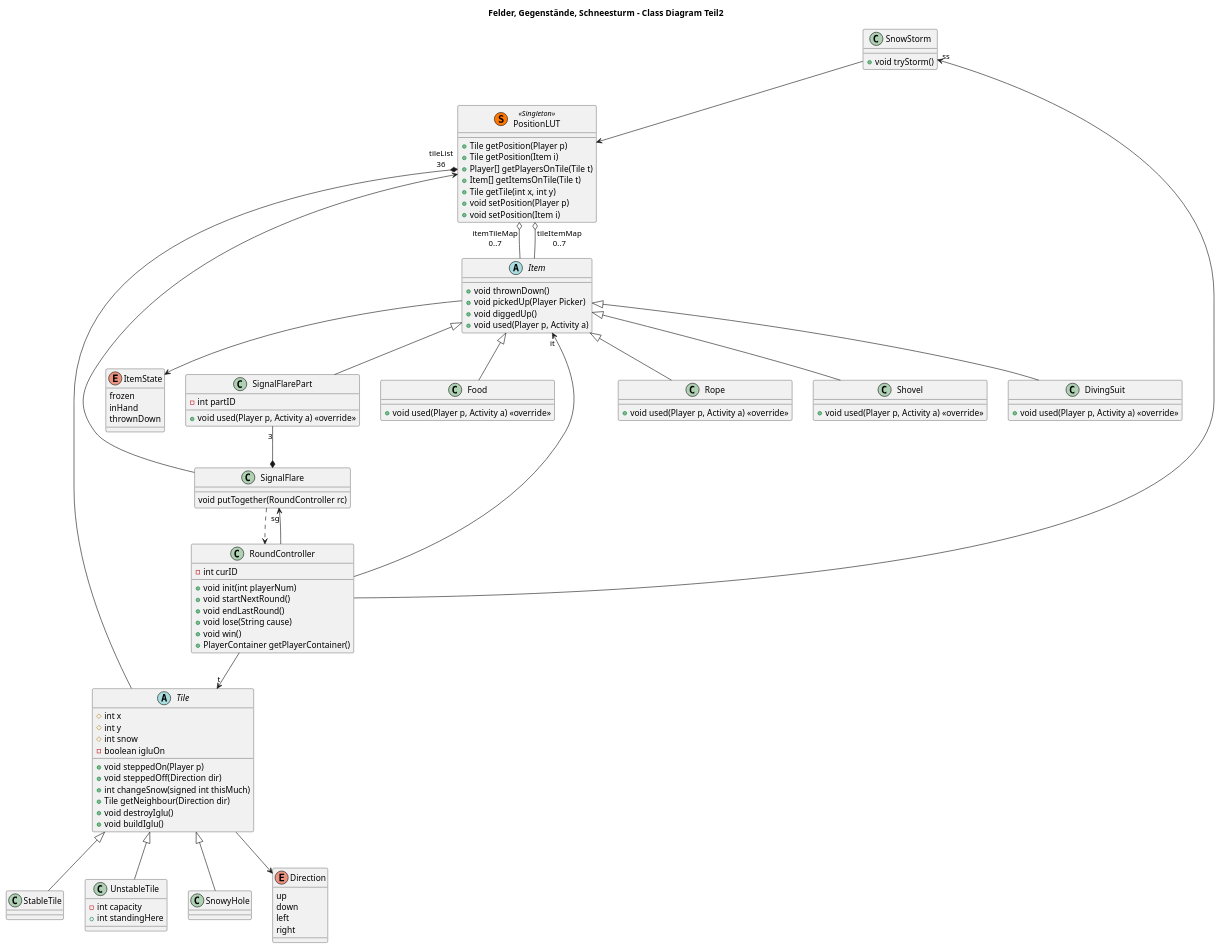
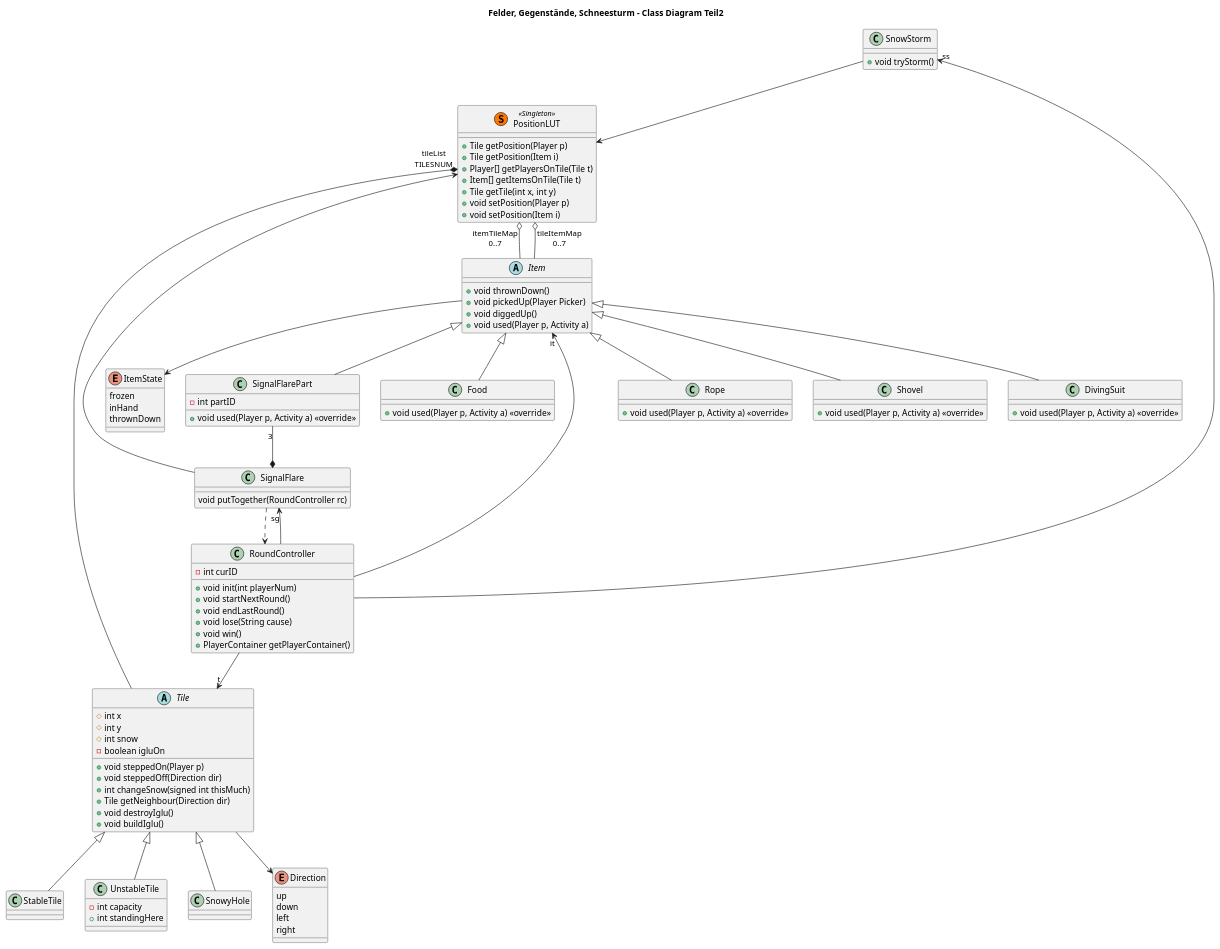
One commit to AdamZsofi/deutsch-overflow changed the diagram in class_diagram_kicsi_nemSpieler.puml. Above: the diagram before and after it, drawn with PlantUML.

Commit message:
Composition multiplicity is TILESNUM instead of 36.

```diff
--- a/class_diagram_kicsi_nemSpieler.puml
+++ b/class_diagram_kicsi_nemSpieler.puml
@@ -1,123 +1,123 @@
 @startuml 
 
 title Felder, Gegenstände, Schneesturm - Class Diagram Teil2
 
 class SnowStorm { 
     +void tryStorm() 
 } 
 
 abstract class Item { 
     +void thrownDown() 
     +void pickedUp(Player Picker) 
     +void diggedUp() 
     +void used(Player p, Activity a) 
 } 
 
 class Food { 
     +void used(Player p, Activity a) <<override>> 
 } 
 
 class Rope { 
     +void used(Player p, Activity a) <<override>> 
 } 
 
 class Shovel { 
     +void used(Player p, Activity a) <<override>> 
 } 
 
 class DivingSuit { 
     +void used(Player p, Activity a) <<override>> 
 } 
 
 class SignalFlarePart { 
     -int partID 
     +void used(Player p, Activity a) <<override>> 
 } 
 
 Item <|-- SignalFlarePart 
 Item <|-- Food 
 Item <|-- Rope 
 Item <|-- Shovel 
 Item <|-- DivingSuit 
 
 class SignalFlare { 
     void putTogether(RoundController rc) 
 } 
 
 SignalFlarePart "3"--* SignalFlare 
 SignalFlare ..> RoundController 
 SignalFlare --> PositionLUT 
 
 abstract class Tile { 
     #int x 
     #int y 
     #int snow 
     -boolean igluOn 
     +void steppedOn(Player p) 
     +void steppedOff(Direction dir) 
     +int changeSnow(signed int thisMuch) 
     +Tile getNeighbour(Direction dir)
     +void destroyIglu()
     +void buildIglu()
 } 
 
 class StableTile 
 class UnstableTile { 
     -int capacity 
     +int standingHere 
 } 
 
 class SnowyHole
 
 Tile <|-- StableTile 
 Tile <|-- UnstableTile 
 Tile <|-- SnowyHole 
 
 
 enum ItemState { 
     frozen 
     inHand 
     thrownDown 
 } 
 
 enum Direction { 
     up 
     down 
     left 
     right 
 } 
 
 Item -down-> ItemState 
 Tile --> Direction
 
 class PositionLUT << (S,#FF7700) Singleton >> { 
     +Tile getPosition(Player p) 
     +Tile getPosition(Item i) 
     +Player[] getPlayersOnTile(Tile t) 
     +Item[] getItemsOnTile(Tile t) 
     +Tile getTile(int x, int y) 
     +void setPosition(Player p) 
     +void setPosition(Item i) 
 } 
 
-PositionLUT "tileList\n36" *-- Tile 
+PositionLUT "tileList\nTILESNUM" *-- Tile 
 PositionLUT "itemTileMap\n0..7" o-- Item 
 PositionLUT "tileItemMap\n0..7" o-- Item 
 
 class RoundController { 
     -int curID 
     +void init(int playerNum) 
     +void startNextRound() 
     +void endLastRound()
     +void lose(String cause) 
     +void win() 
     +PlayerContainer getPlayerContainer() 
 } 
 
 RoundController --> "ss"SnowStorm 
 RoundController --> "it"Item 
 RoundController --> "t"Tile 
 RoundController --> "sg"SignalFlare
 SnowStorm --> PositionLUT 
 
 @enduml
```
